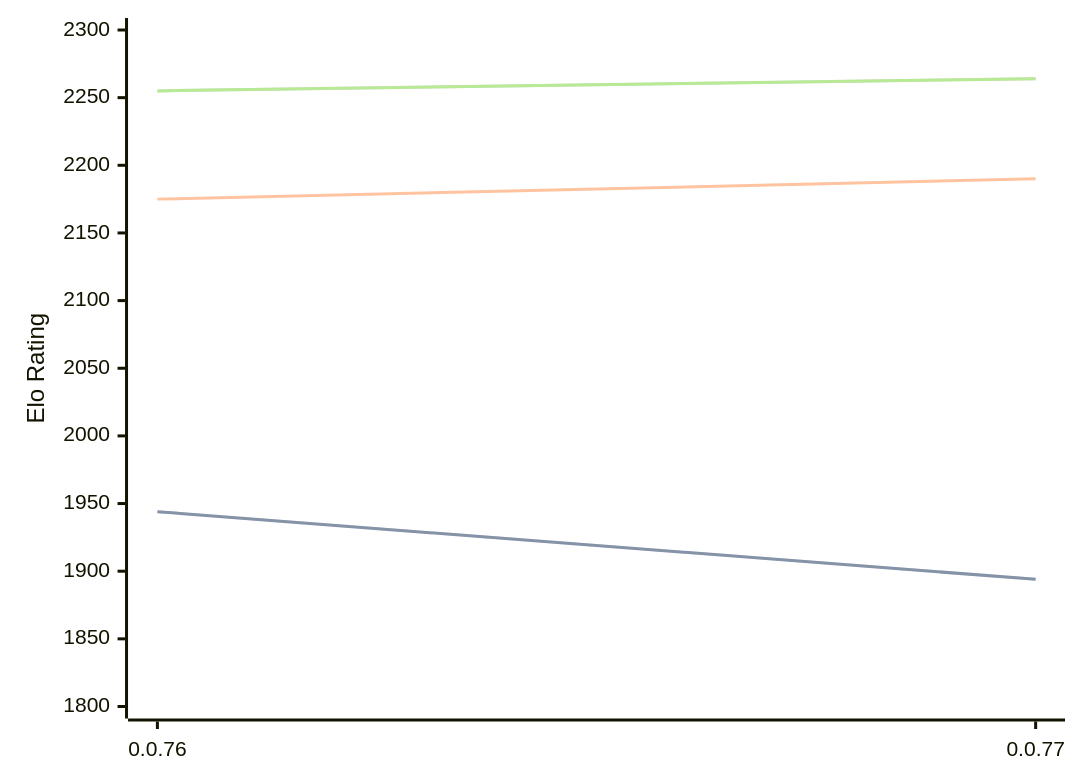
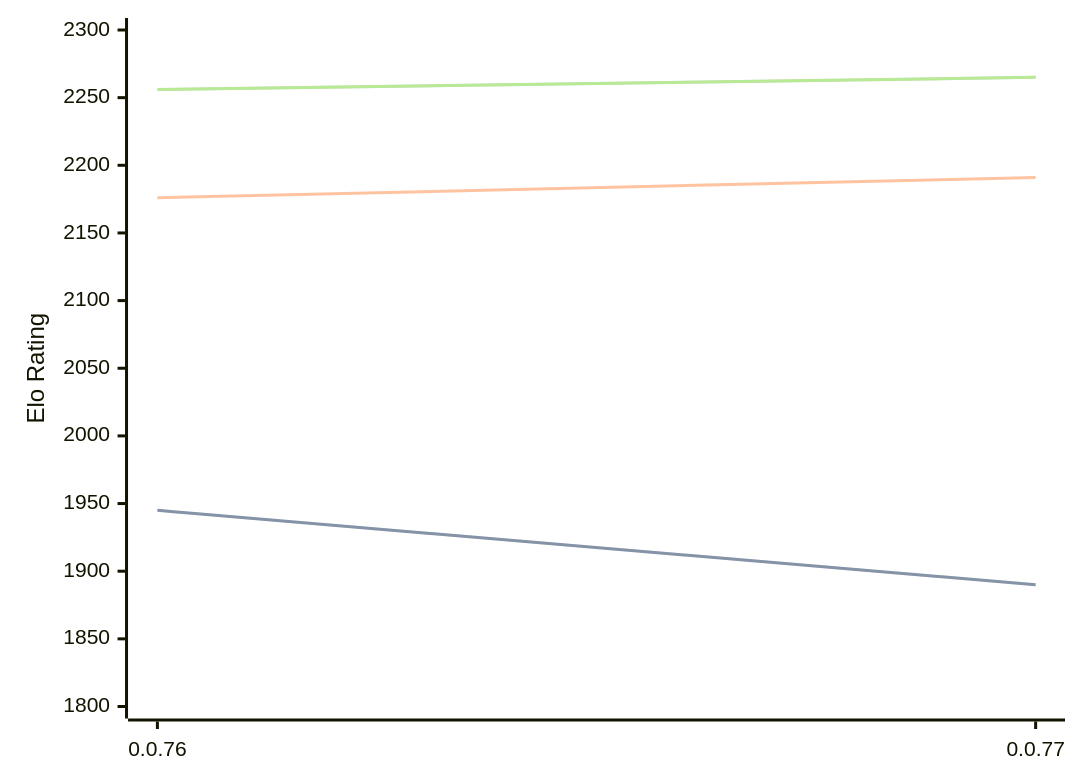
The diagram in engines/Fktb.md (computer-chess-index/cci), drawn with Mermaid before and after one commit. The commit also changed other lines of this file, not shown here.

Commit message:
Update CCI Ratings (ELO VLTC) - 2026-05-01

````diff
--- a/engines/Fktb.md
+++ b/engines/Fktb.md
@@ -32,11 +32,11 @@
 ```mermaid
 %%{init: {"theme":"base","themeVariables":{"seriesColors:['#a3a3a3','#222221','#faa371']}}}%%
 xychart-beta
   x-axis ["0.0.76", "0.0.77"]
   y-axis "Elo Rating" 1800 --> 2300
-  line "STC (8.0+0.08s)" [1944, 1894]
-  line "STC (8.0+0.08s)" [1944, 1894]
-  line "LTC (60.0+0.60s)" [2175, 2190]
-  line "VLTC (2m24s+1.12s)" [2255, 2264]
-  line "VLTC (2m24s+1.12s)" [2255, 2264]
+  line "STC (8.0+0.08s)" [1945, 1890]
+  line "STC (8.0+0.08s)" [1945, 1890]
+  line "LTC (60.0+0.60s)" [2176, 2191]
+  line "VLTC (2m24s+1.12s)" [2256, 2265]
+  line "VLTC (2m24s+1.12s)" [2256, 2265]
 ```
````
